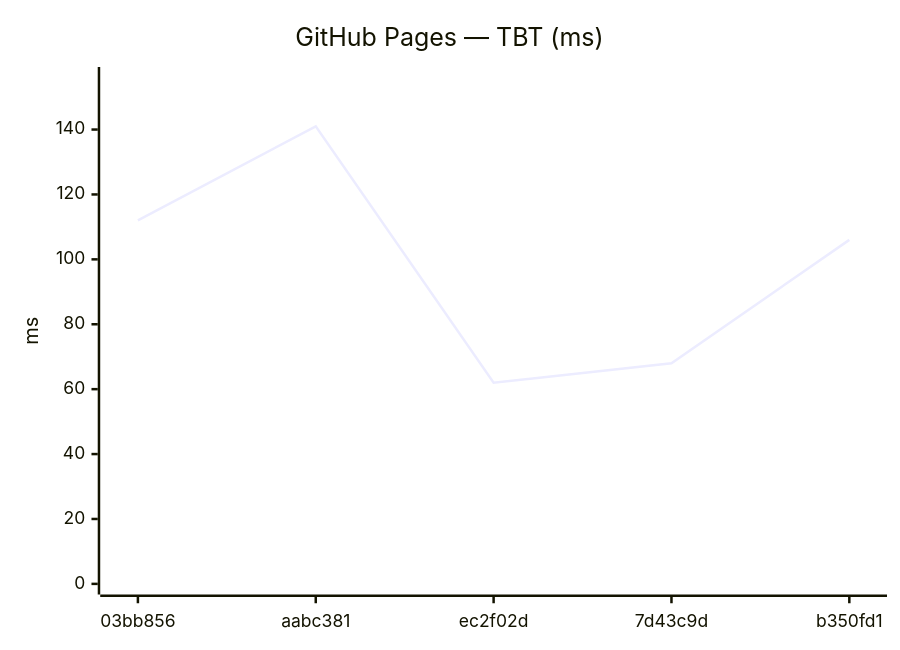
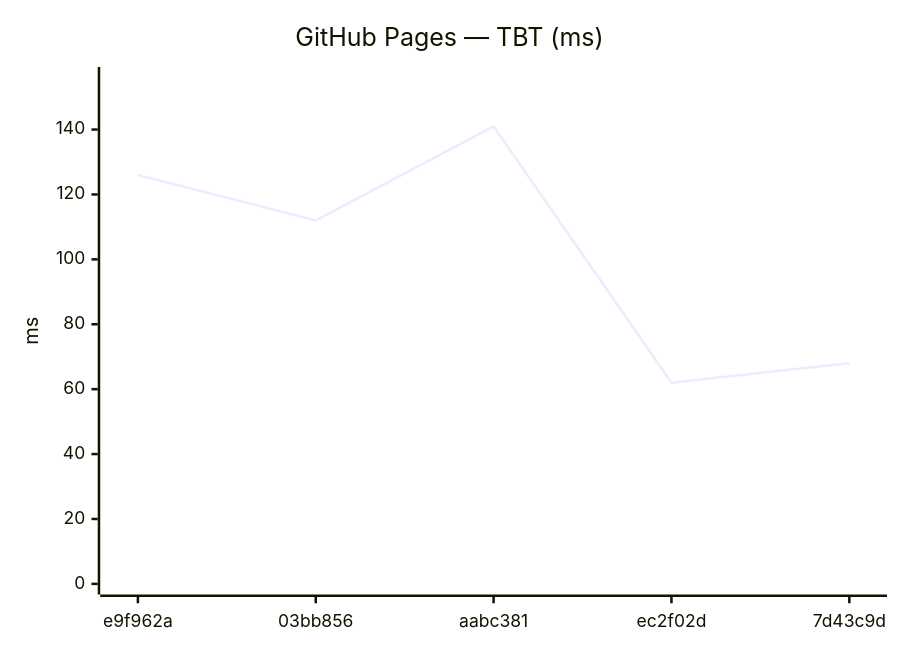
The tenth of 18 diagrams in benchmarks/compare.md (Metaheurist/Rianell), drawn with Mermaid before and after one commit. The commit also changed other lines of this file and 11 other files, not shown here.

````diff
--- a/benchmarks/compare.md
+++ b/benchmarks/compare.md
@@ -149,7 +149,7 @@
 ```mermaid
 xychart-beta
     title "GitHub Pages — TBT (ms)"
-    x-axis ["03bb856", "aabc381", "ec2f02d", "7d43c9d", "b350fd1"]
+    x-axis ["e9f962a", "03bb856", "aabc381", "ec2f02d", "7d43c9d"]
     y-axis "ms" 0 --> 156
-    line [112, 141, 62, 68, 106]
+    line [126, 112, 141, 62, 68]
 ```
````
